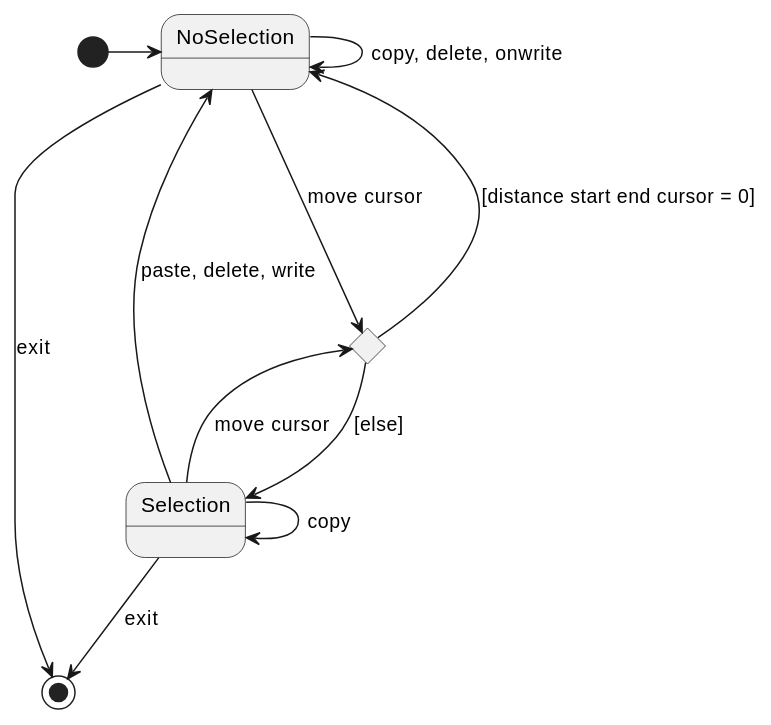
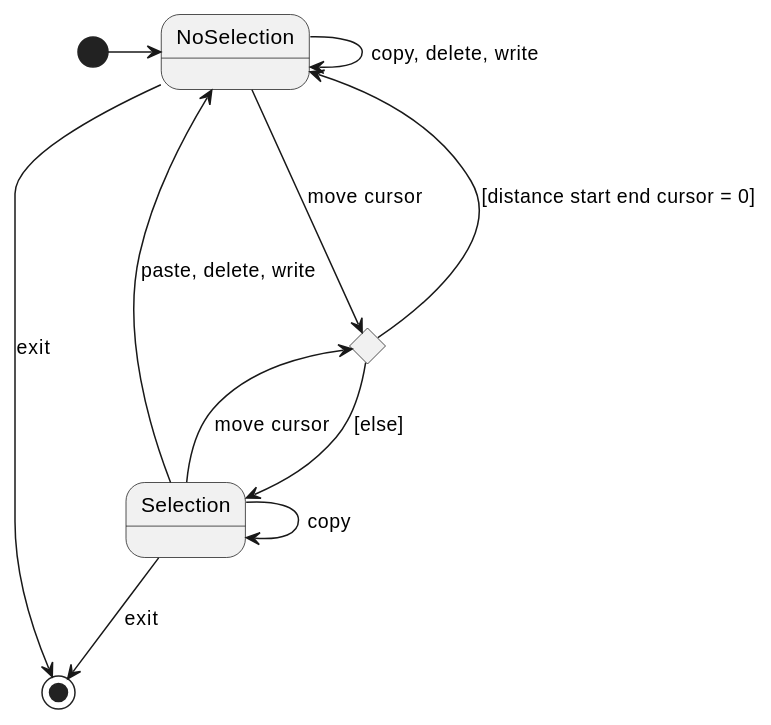
Before and after one commit to CodyAdam/another-useless-text-editor: the third of 6 diagrams in README.md, drawn with PlantUML. The commit also changed other lines of this file, not shown here.

Commit message:
table begining class diagram and state diagram updatee

````diff
--- a/README.md
+++ b/README.md
@@ -340,22 +286,22 @@
 ```plantuml
 @startuml
     state Selection
     state NoSelection
 
     state isSelection <<choice>>
     [*] -right-> NoSelection
 
     isSelection ---> NoSelection: [distance start end cursor = 0]
     Selection --> isSelection: move cursor
     NoSelection --> isSelection: move cursor
     isSelection --> Selection: [else]
 
 
-    NoSelection --> NoSelection : copy, delete, onwrite
+    NoSelection --> NoSelection : copy, delete, write
     
     Selection --> NoSelection : paste, delete, write
     Selection --> Selection : copy
     Selection --> [*] : exit
     NoSelection --> [*] : exit
 @enduml
 ``` 
````
